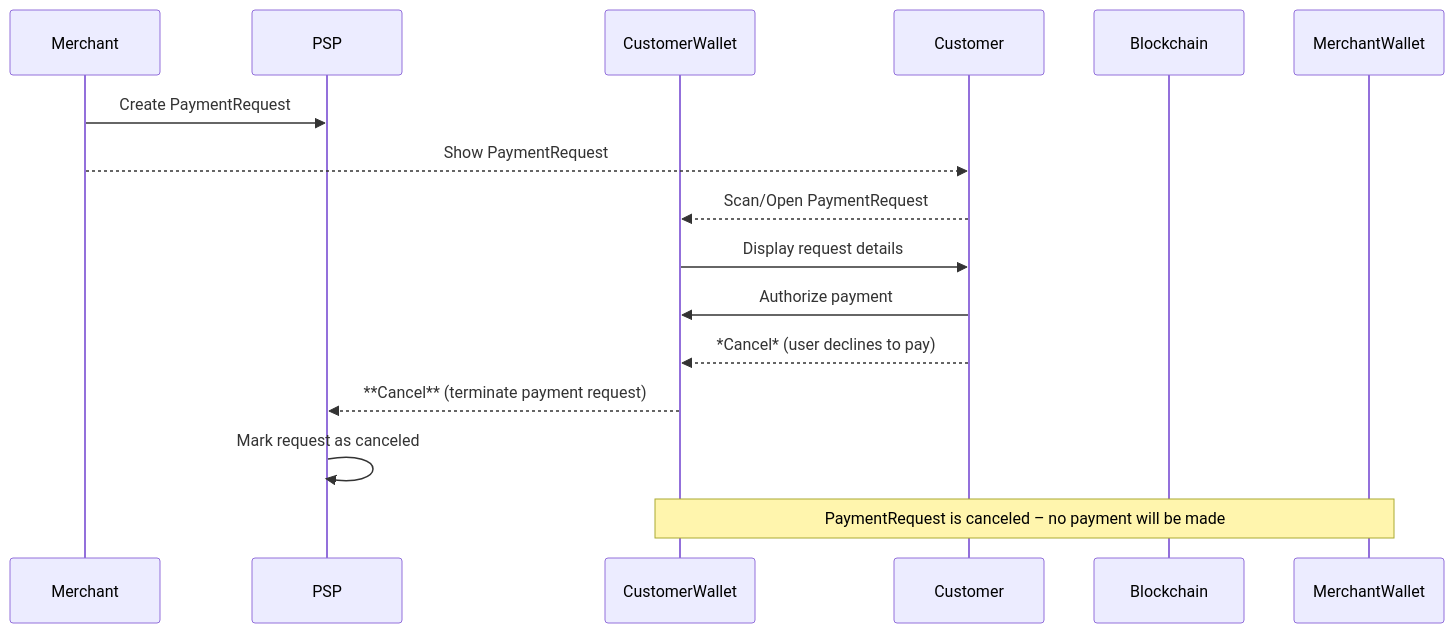
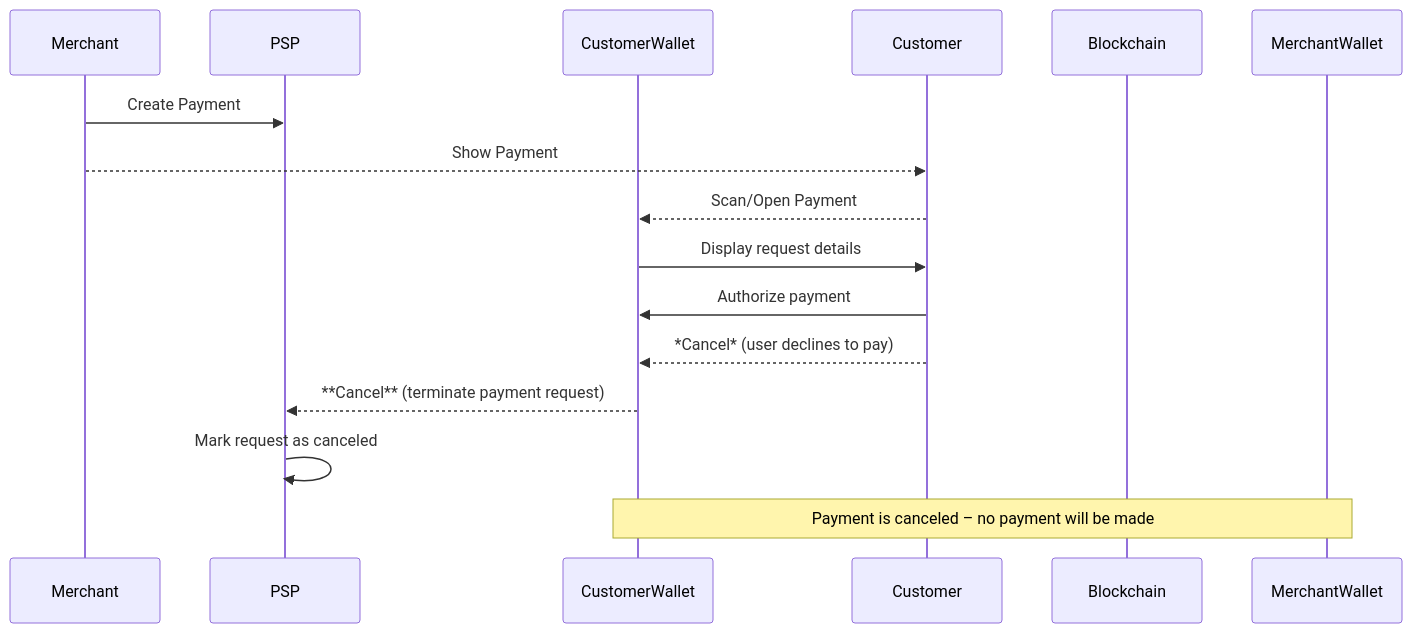
Before and after one commit to TransactionAuthorizationProtocol/TAIPs: the fourth of 4 diagrams in TAIPs/taip-14.md, drawn with Mermaid. The commit also changed other lines of this file and 6 other files, not shown here.

First line of the commit message:
Rename PaymentRequest to Payment throughout the codebase

````diff
--- a/TAIPs/taip-14.md
+++ b/TAIPs/taip-14.md
@@ -143,18 +139,18 @@
 ```mermaid
 sequenceDiagram
     participant Merchant
     participant PSP
     participant CustomerWallet
     participant Customer
     participant Blockchain
 
-    Merchant->>PSP: Create PaymentRequest
-    Merchant-->>Customer: Show PaymentRequest
-    Customer -->> CustomerWallet: Scan/Open PaymentRequest
+    Merchant->>PSP: Create Payment
+    Merchant-->>Customer: Show Payment
+    Customer -->> CustomerWallet: Scan/Open Payment
     CustomerWallet->>Customer: Display request details
     Customer->>CustomerWallet: Authorize payment
     Customer-->>CustomerWallet: *Cancel* (user declines to pay)
     CustomerWallet-->>PSP: **Cancel** (terminate payment request)
     PSP->>PSP: Mark request as canceled
-    Note over MerchantWallet,CustomerWallet: PaymentRequest is canceled – no payment will be made
+    Note over MerchantWallet,CustomerWallet: Payment is canceled – no payment will be made
 ```
````
